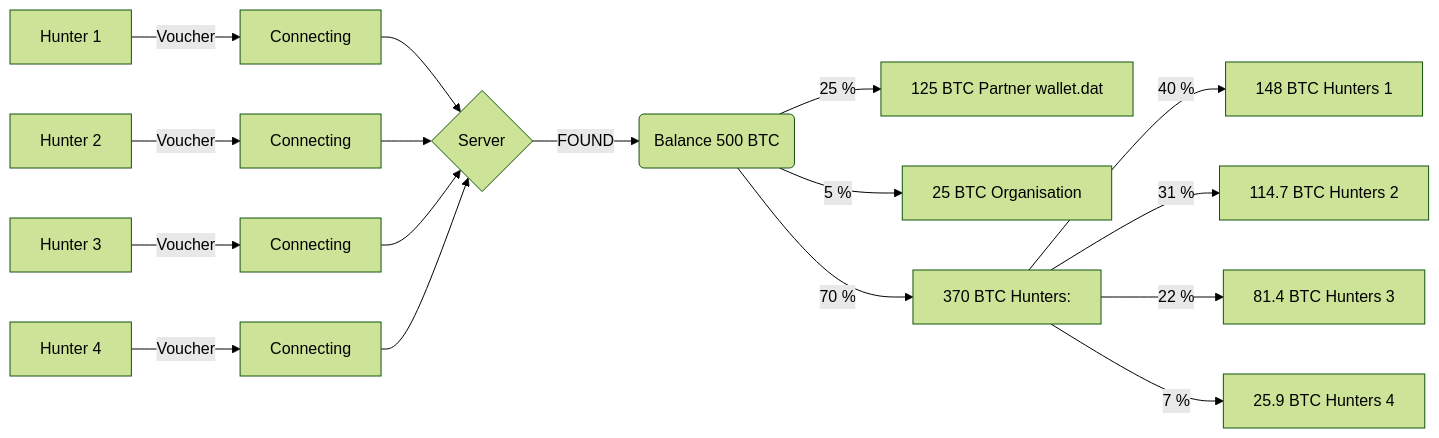
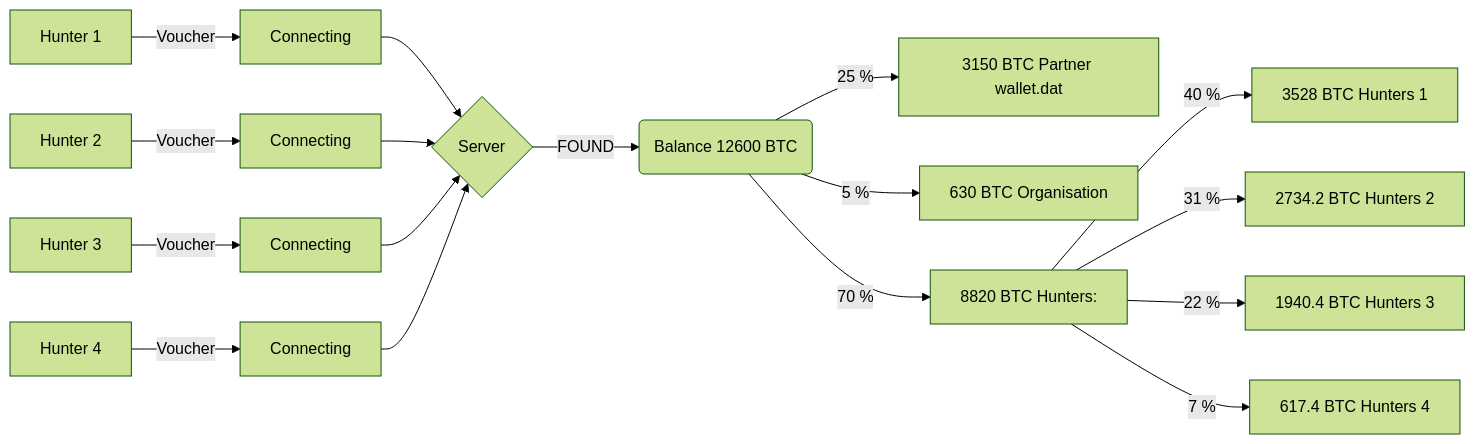
One commit to flian/LostWallets changed the diagram in README.md. Above: the diagram before and after it, drawn with Mermaid (forest theme).

````diff
--- a/README.md
+++ b/README.md
@@ -16,21 +16,21 @@
 ```mermaid
 flowchart LR
 
 A[Hunter 1] -->|Voucher| T(Connecting)
 F[Hunter 2] -->|Voucher| H(Connecting)
 G[Hunter 3] -->|Voucher| U(Connecting)
 J[Hunter 4] -->|Voucher| M(Connecting)
 T[Connecting] --> C{Server}
 H[Connecting] --> C{Server}
 U[Connecting] --> C{Server}
 M[Connecting] --> C{Server}
-C -->|FOUND| D(Balance 500 BTC)
-D -->|25 %| E[125 BTC Partner wallet.dat]
-D -->|5 %| X[25 BTC Organisation]
-D -->|70 %| Y[370 BTC Hunters:]
-Y -->|40 %| W[148 BTC Hunters 1]
-Y -->|31 %| Z[114.7 BTC Hunters 2]
-Y -->|22 %| P[81.4 BTC Hunters 3]
-Y -->|7 %| S[25.9 BTC Hunters 4]
+C -->|FOUND| D(Balance 12600 BTC)
+D -->|25 %| E[3150 BTC Partner wallet.dat]
+D -->|5 %| X[630 BTC Organisation]
+D -->|70 %| Y[8820 BTC Hunters:]
+Y -->|40 %| W[3528 BTC Hunters 1]
+Y -->|31 %| Z[2734.2 BTC Hunters 2]
+Y -->|22 %| P[1940.4 BTC Hunters 3]
+Y -->|7 %| S[617.4 BTC Hunters 4]
 
 ```
````
